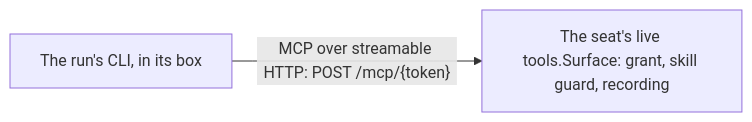
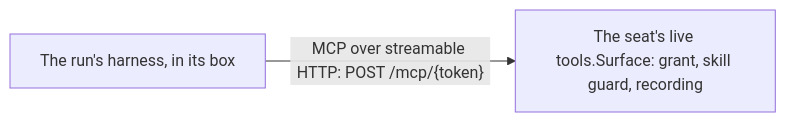
Before and after one commit to crewlet/crewlet: the second of 3 diagrams in docs/concepts/code-sandbox.md, drawn with Mermaid. The commit also changed other lines of this file and 64 other files, not shown here.

First line of the commit message:
docs(docs): say harness where the docs said coding CLI

````diff
--- a/docs/concepts/code-sandbox.md
+++ b/docs/concepts/code-sandbox.md
@@ -694,4 +694,4 @@
 ```mermaid
 flowchart LR
-    BOX["The run's CLI, in its box"] -->|"MCP over streamable HTTP: POST /mcp/{token}"| SURF["The seat's live tools.Surface: grant, skill guard, recording"]
+    BOX["The run's harness, in its box"] -->|"MCP over streamable HTTP: POST /mcp/{token}"| SURF["The seat's live tools.Surface: grant, skill guard, recording"]
 ```
````
